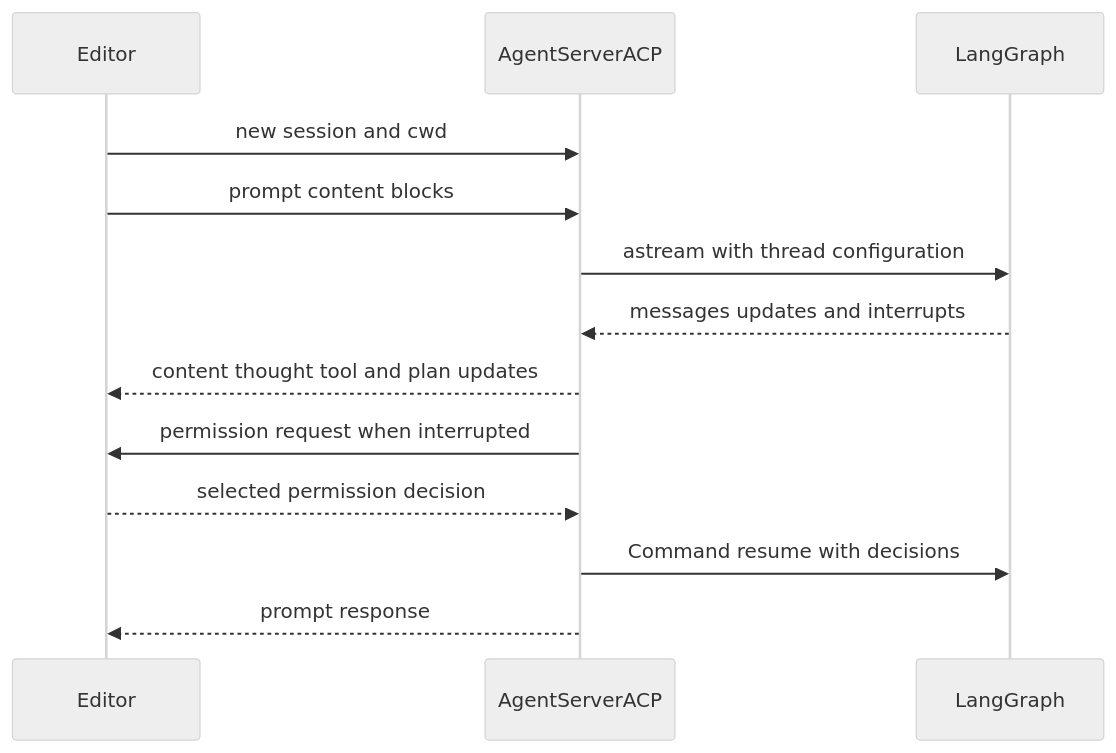
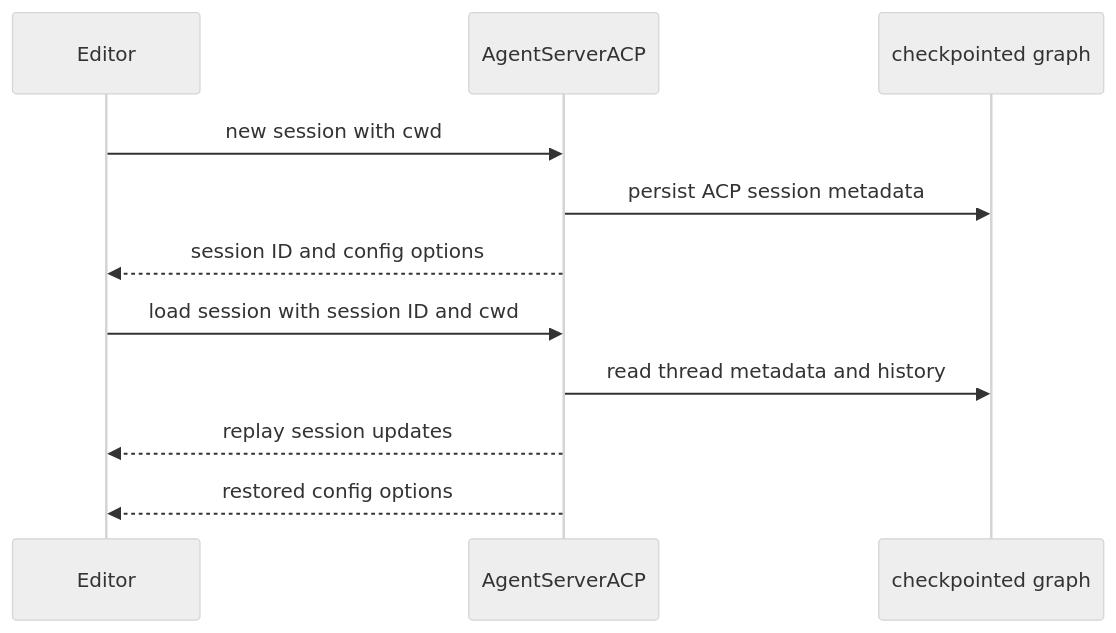
One commit to langchain-ai/deepagents changed the diagram in openwiki/integrations/acp.md. Above: the diagram before and after it, drawn with Mermaid (neutral theme). The commit also changed other lines of this file and 136 other files, not shown here.

````diff
--- a/openwiki/integrations/acp.md
+++ b/openwiki/integrations/acp.md
@@ -74,15 +70,13 @@
 ```mermaid
 sequenceDiagram
     participant Editor
     participant Adapter as AgentServerACP
-    participant Graph as LangGraph
-    Editor->>Adapter: new session and cwd
-    Editor->>Adapter: prompt content blocks
-    Adapter->>Graph: astream with thread configuration
-    Graph-->>Adapter: messages updates and interrupts
-    Adapter-->>Editor: content thought tool and plan updates
-    Adapter->>Editor: permission request when interrupted
-    Editor-->>Adapter: selected permission decision
-    Adapter->>Graph: Command resume with decisions
-    Adapter-->>Editor: prompt response
+    participant Graph as checkpointed graph
+    Editor->>Adapter: new session with cwd
+    Adapter->>Graph: persist ACP session metadata
+    Adapter-->>Editor: session ID and config options
+    Editor->>Adapter: load session with session ID and cwd
+    Adapter->>Graph: read thread metadata and history
+    Adapter-->>Editor: replay session updates
+    Adapter-->>Editor: restored config options
 ```
````
